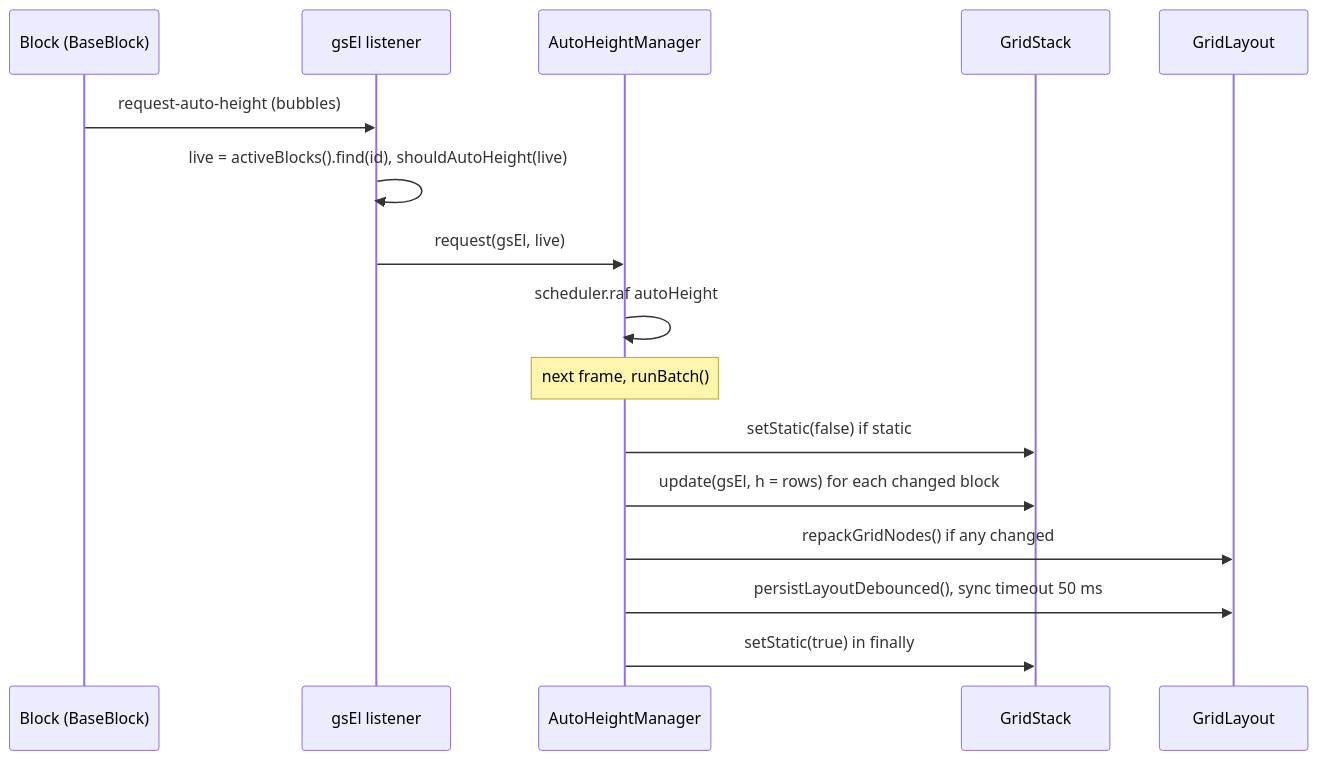
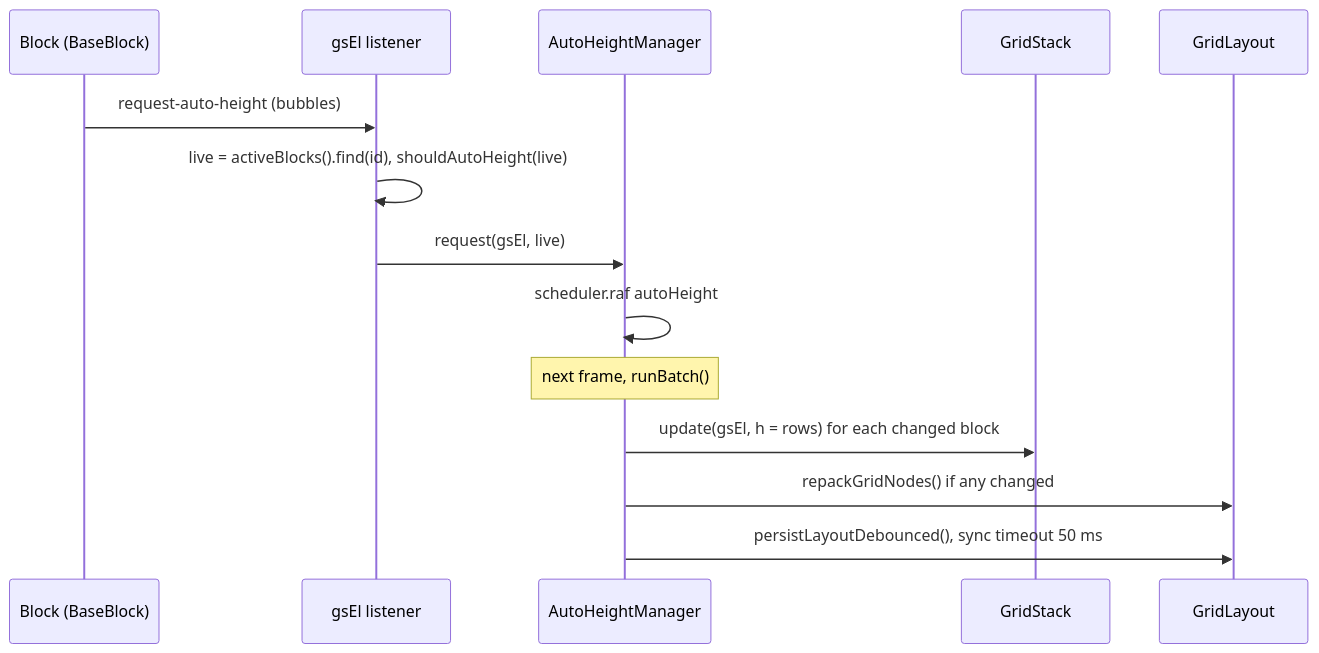
The fourth of 4 diagrams in docs/api/grid.md (acaprino/obsidian-plugin-homepage), drawn with Mermaid before and after one commit. The commit also changed other lines of this file and 9 other files, not shown here.

````diff
--- a/docs/api/grid.md
+++ b/docs/api/grid.md
@@ -544,18 +543,16 @@
 ```mermaid
 sequenceDiagram
   participant B as Block (BaseBlock)
   participant L as gsEl listener
   participant AH as AutoHeightManager
   participant GS as GridStack
   participant GL as GridLayout
   B->>L: request-auto-height (bubbles)
   L->>L: live = activeBlocks().find(id), shouldAutoHeight(live)
   L->>AH: request(gsEl, live)
   AH->>AH: scheduler.raf autoHeight
   Note over AH: next frame, runBatch()
-  AH->>GS: setStatic(false) if static
   AH->>GS: update(gsEl, h = rows) for each changed block
   AH->>GL: repackGridNodes() if any changed
   AH->>GL: persistLayoutDebounced(), sync timeout 50 ms
-  AH->>GS: setStatic(true) in finally
 ```
````
